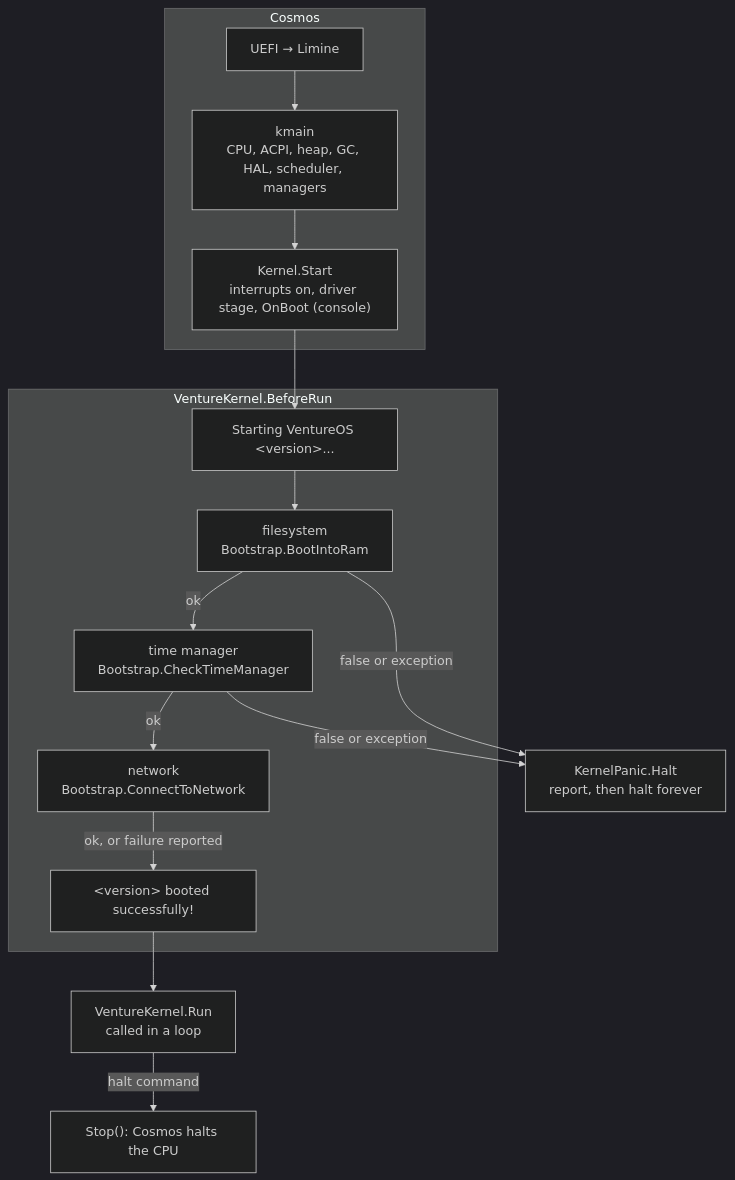
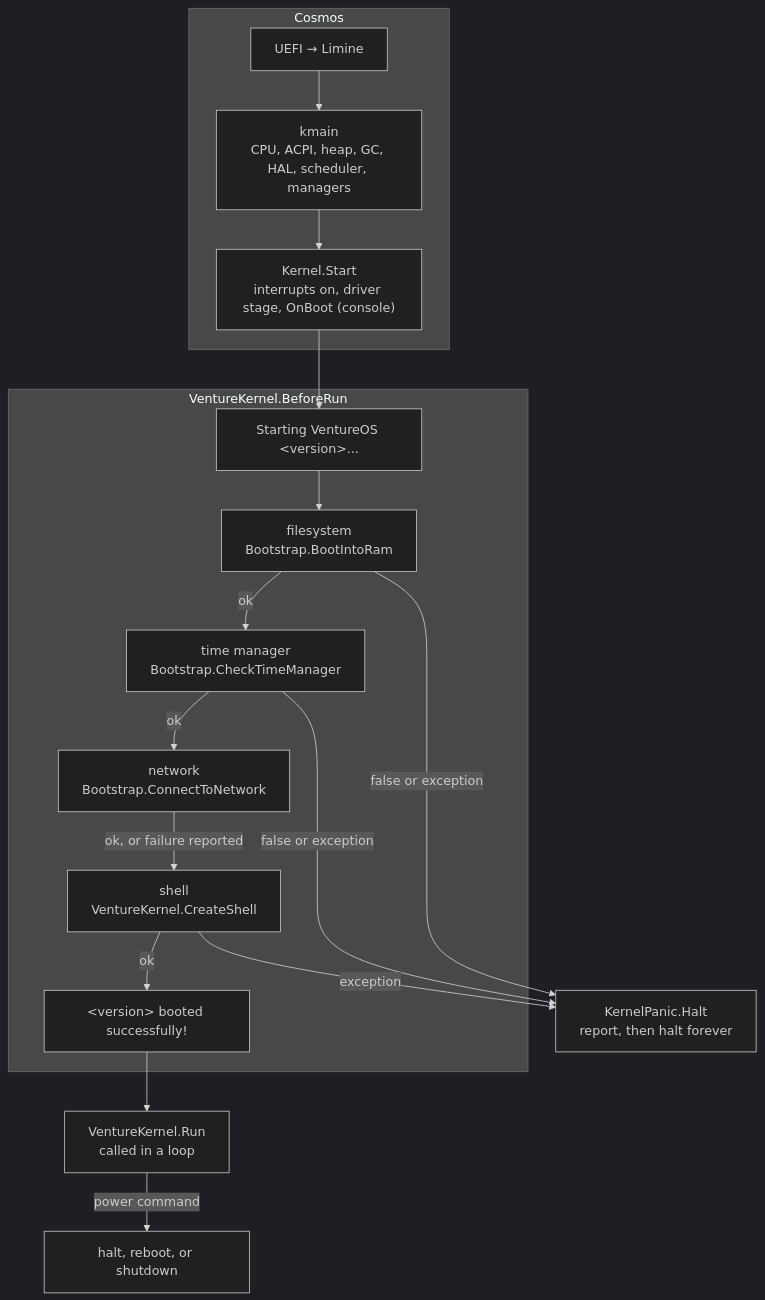
The second of 3 diagrams in docs/architecture.md (tonytins/VentureOS), drawn with Mermaid (dark theme) before and after one commit. The commit also changed other lines of this file and 21 other files, not shown here.

First line of the commit message:
Finished Hiawatha: the shell, and VentureOS reaches alpha

````diff
--- a/docs/architecture.md
+++ b/docs/architecture.md
@@ -177,31 +194,34 @@
 ```mermaid
 flowchart TD
     subgraph Cosmos
         Firmware["UEFI → Limine"]
         Kmain["kmain<br/>CPU, ACPI, heap, GC, HAL, scheduler, managers"]
         Start["Kernel.Start<br/>interrupts on, driver stage, OnBoot (console)"]
         Firmware --> Kmain --> Start
     end
 
     subgraph BeforeRun["VentureKernel.BeforeRun"]
         Version["Starting VentureOS &lt;version&gt;..."]
         Fs["filesystem<br/>Bootstrap.BootIntoRam"]
         Timer["time manager<br/>Bootstrap.CheckTimeManager"]
         Net["network<br/>Bootstrap.ConnectToNetwork"]
+        ShellStep["shell<br/>VentureKernel.CreateShell"]
         Banner["&lt;version&gt; booted successfully!"]
         Version --> Fs
         Fs -- ok --> Timer
         Timer -- ok --> Net
-        Net -- "ok, or failure reported" --> Banner
+        Net -- "ok, or failure reported" --> ShellStep
+        ShellStep -- ok --> Banner
     end
 
     Panic["KernelPanic.Halt<br/>report, then halt forever"]
     Run["VentureKernel.Run<br/>called in a loop"]
-    Halt["Stop(): Cosmos halts the CPU"]
+    Halt["halt, reboot, or shutdown"]
 
     Start --> Version
     Fs -- "false or exception" --> Panic
     Timer -- "false or exception" --> Panic
+    ShellStep -- exception --> Panic
     Banner --> Run
-    Run -- halt command --> Halt
+    Run -- "power command" --> Halt
 ```
````
